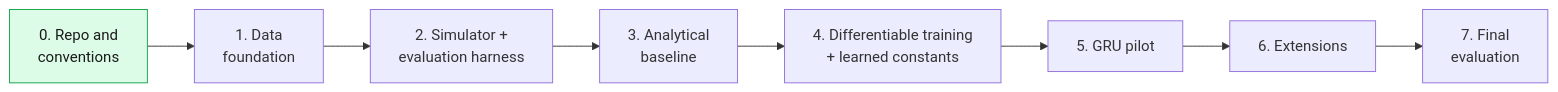
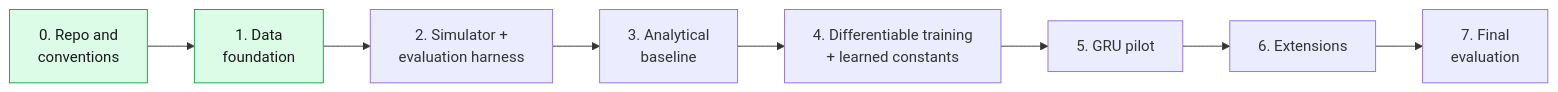
One commit to JustMohsen/learning-assisted-state-estimation changed the second of 2 diagrams in README.md. Above: the diagram before and after it, drawn with Mermaid. The commit also changed other lines of this file and 13 other files, not shown here.

````diff
--- a/README.md
+++ b/README.md
@@ -45,13 +45,13 @@
 ```mermaid
 flowchart LR
     P0["0. Repo and<br/>conventions"] --> P1["1. Data<br/>foundation"]
     P1 --> P2["2. Simulator +<br/>evaluation harness"]
     P2 --> P3["3. Analytical<br/>baseline"]
     P3 --> P4["4. Differentiable training<br/>+ learned constants"]
     P4 --> P5["5. GRU pilot"]
     P5 --> P6["6. Extensions"]
     P6 --> P7["7. Final<br/>evaluation"]
 
     classDef done fill:#dcfce7,stroke:#16a34a,color:#1a1a1a
-    class P0 done
+    class P0,P1 done
 ```
````
